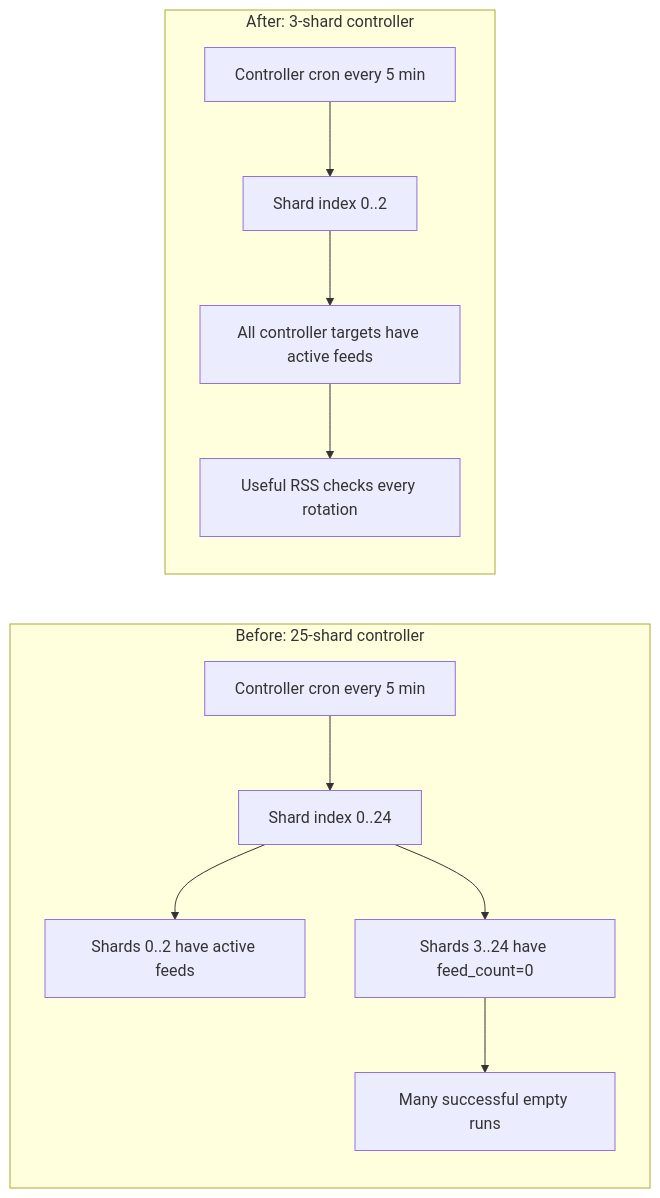
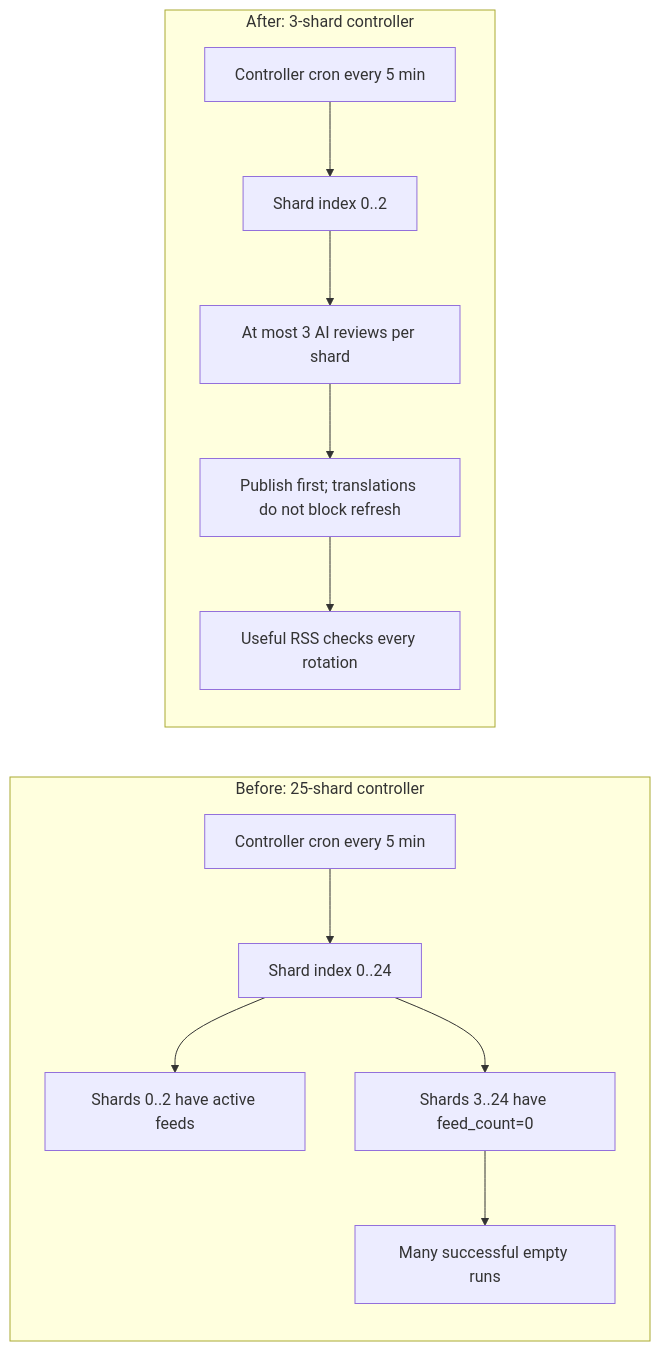
Before and after one commit to ramideltoro/nutsnews-docs: the diagram in CONTROLLER_AND_SHARDS.md, drawn with Mermaid. The commit also changed other lines of this file, not shown here.

````diff
--- a/CONTROLLER_AND_SHARDS.md
+++ b/CONTROLLER_AND_SHARDS.md
@@ -66,15 +68,16 @@
 ```mermaid
 flowchart LR
   subgraph Before["Before: 25-shard controller"]
     A1["Controller cron every 5 min"] --> B1["Shard index 0..24"]
     B1 --> C1["Shards 0..2 have active feeds"]
     B1 --> D1["Shards 3..24 have feed_count=0"]
     D1 --> E1["Many successful empty runs"]
   end
 
   subgraph After["After: 3-shard controller"]
     A2["Controller cron every 5 min"] --> B2["Shard index 0..2"]
-    B2 --> C2["All controller targets have active feeds"]
-    C2 --> D2["Useful RSS checks every rotation"]
+    B2 --> C2["At most 3 AI reviews per shard"]
+    C2 --> D2["Publish first; translations do not block refresh"]
+    D2 --> E2["Useful RSS checks every rotation"]
   end
 ```
````
